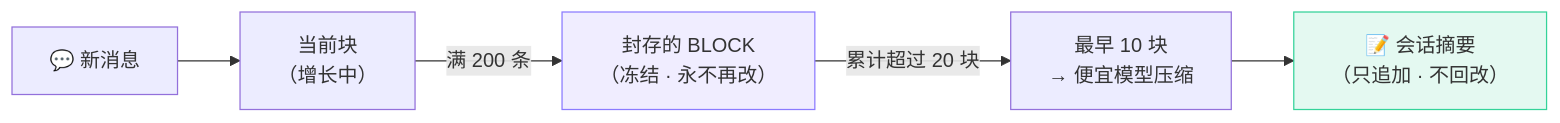
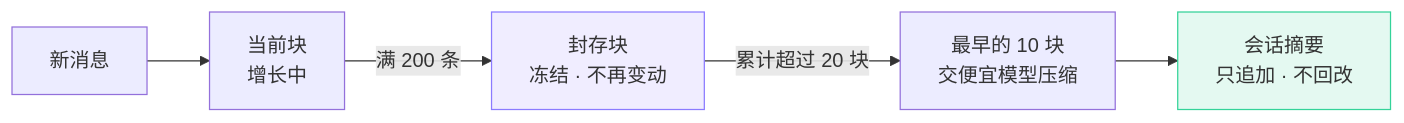
One commit to Trusler258/huanmeng-qqbot changed the second of 4 diagrams in README.md. Above: the diagram before and after it, drawn with Mermaid. The commit also changed other lines of this file and 2 other files, not shown here.

First line of the commit message:
docs: README 去 emoji 重排 + 更正声明 + 社交预览图

````diff
--- a/README.md
+++ b/README.md
@@ -220,10 +206,10 @@
 ```mermaid
 flowchart LR
-    A["💬 新消息"] --> B["当前块<br/>（增长中）"]
-    B -->|"满 200 条"| C["封存的 BLOCK<br/>（冻结 · 永不再改）"]
-    C -->|"累计超过 20 块"| D["最早 10 块<br/>→ 便宜模型压缩"]
-    D --> E["📝 会话摘要<br/>（只追加 · 不回改）"]
+    A["新消息"] --> B["当前块<br/>增长中"]
+    B -->|"满 200 条"| C["封存块<br/>冻结 · 不再变动"]
+    C -->|"累计超过 20 块"| D["最早的 10 块<br/>交便宜模型压缩"]
+    D --> E["会话摘要<br/>只追加 · 不回改"]
 
     style C fill:#8B7BFF22,stroke:#8B7BFF
     style E fill:#34D39922,stroke:#34D399
 ```
````
